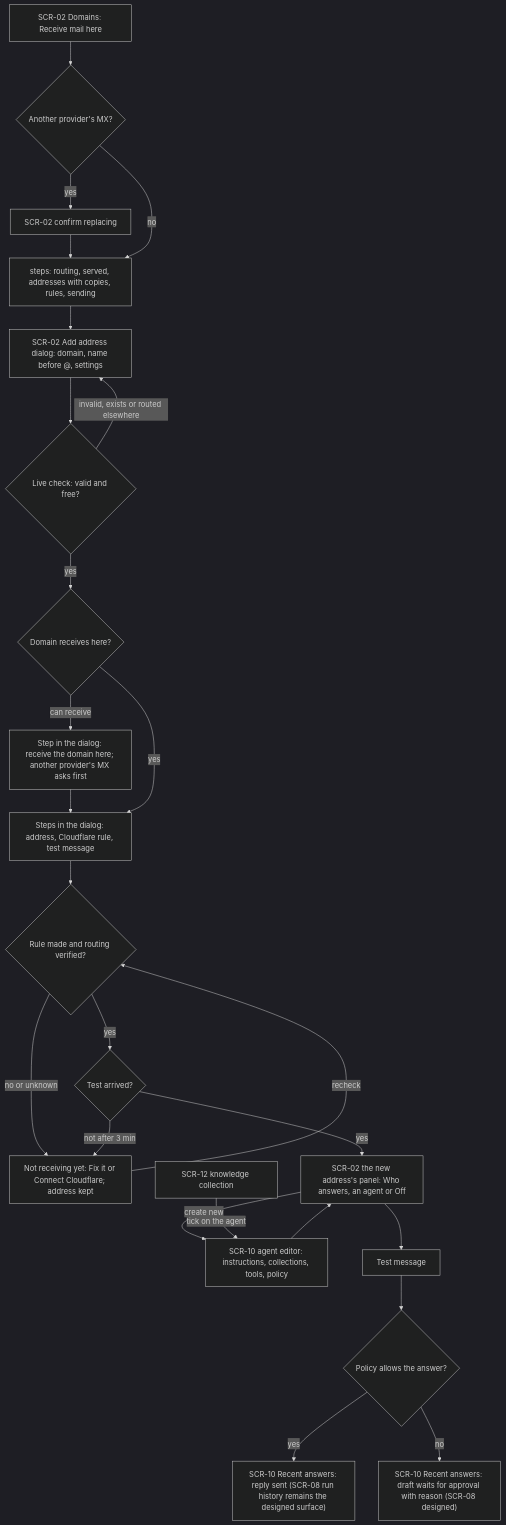
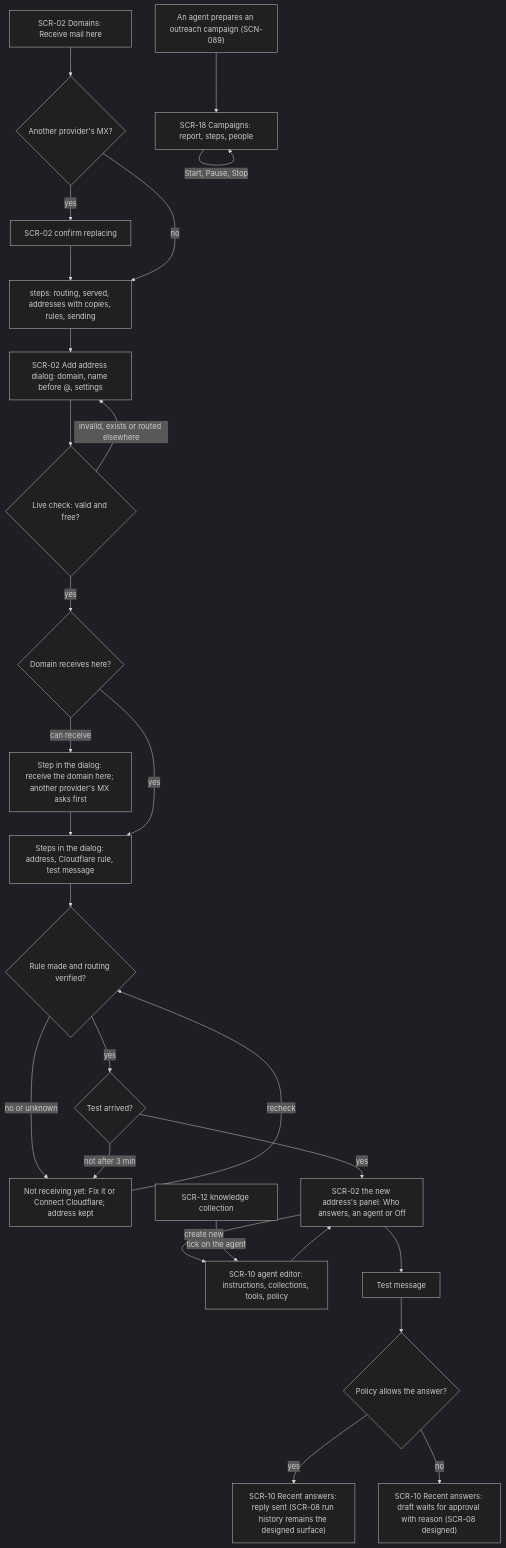
One commit to passioncode-ai/fabric-inbox changed the eighth of 8 diagrams in docs/ux/flows.md. Above: the diagram before and after it, drawn with Mermaid (dark theme). The commit also changed other lines of this file and 18 other files, not shown here.

First line of the commit message:
feat: Settings → Campaigns: what each campaign did, start, pause, stop, and the stop list (B-181 step 3), 0.46.0 (#300)

````diff
--- a/docs/ux/flows.md
+++ b/docs/ux/flows.md
@@ -245,27 +245,29 @@
 ```mermaid
 flowchart TD
   Z["SCR-02 Domains: Receive mail here"] --> Y{"Another provider's MX?"}
   Y -->|yes| X["SCR-02 confirm replacing"]
   X --> W["steps: routing, served, addresses with copies, rules, sending"]
   Y -->|no| W
   W --> A
   A["SCR-02 Add address dialog: domain, name before @, settings"] --> L{"Live check: valid and free?"}
   L -->|invalid, exists or routed elsewhere| A
   L -->|yes| M{"Domain receives here?"}
   M -->|can receive| R["Step in the dialog: receive the domain here; another provider's MX asks first"]
   R --> S
   M -->|yes| S["Steps in the dialog: address, Cloudflare rule, test message"]
   S --> B{"Rule made and routing verified?"}
   B -->|no or unknown| C["Not receiving yet: Fix it or Connect Cloudflare; address kept"]
   C -->|recheck| B
   B -->|yes| T{"Test arrived?"}
   T -->|not after 3 min| C
   T -->|yes| D["SCR-02 the new address's panel: Who answers, an agent or Off"]
   D -->|create new| E["SCR-10 agent editor: instructions, collections, tools, policy"]
   K["SCR-12 knowledge collection"] -->|tick on the agent| E
   E --> D
   D --> F["Test message"]
   F --> G{"Policy allows the answer?"}
   G -->|yes| H["SCR-10 Recent answers: reply sent (SCR-08 run history remains the designed surface)"]
   G -->|no| I["SCR-10 Recent answers: draft waits for approval with reason (SCR-08 designed)"]
+  P["An agent prepares an outreach campaign (SCN-089)"] --> Q["SCR-18 Campaigns: report, steps, people"]
+  Q -->|Start, Pause, Stop| Q
 ```
````
